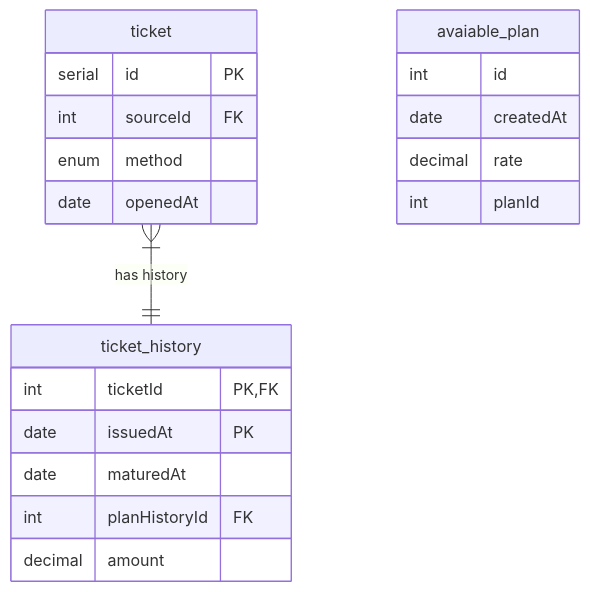
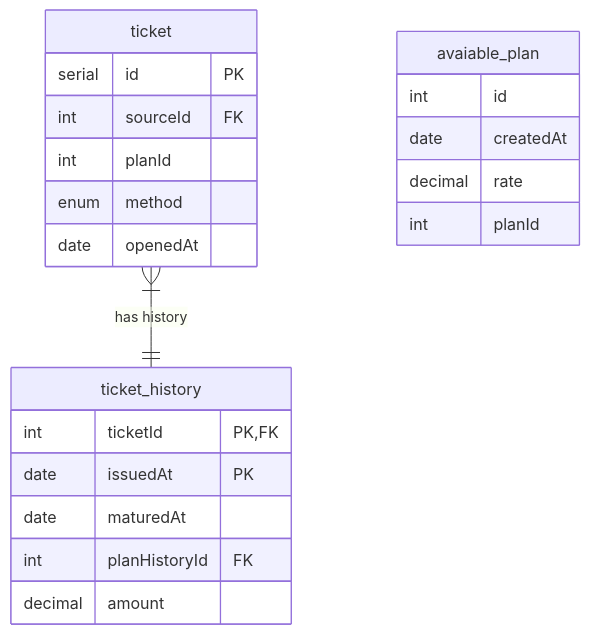
The first of 4 diagrams in docs/diagrams/database/ticket-creation.md (coinhub-uit/coinhub-uit.github.io), drawn with Mermaid before and after one commit. The commit also changed other lines of this file and 1 other file, not shown here.

Commit message:
feat(ticket): add col plan

````diff
--- a/docs/diagrams/database/ticket-creation.md
+++ b/docs/diagrams/database/ticket-creation.md
@@ -11,26 +11,27 @@
 ```mermaid
 erDiagram
   ticket {
     serial id PK
     int sourceId FK
+    int planId
     enum method
     date openedAt
   }
 
   ticket_history {
     int ticketId PK,FK
     date issuedAt PK
     date maturedAt
     int planHistoryId FK
     decimal amount
   }
 
   avaiable_plan {
     int id
     date createdAt
     decimal rate
     int planId
   }
 
   ticket }|--|| ticket_history : "has history"
 ```
````
